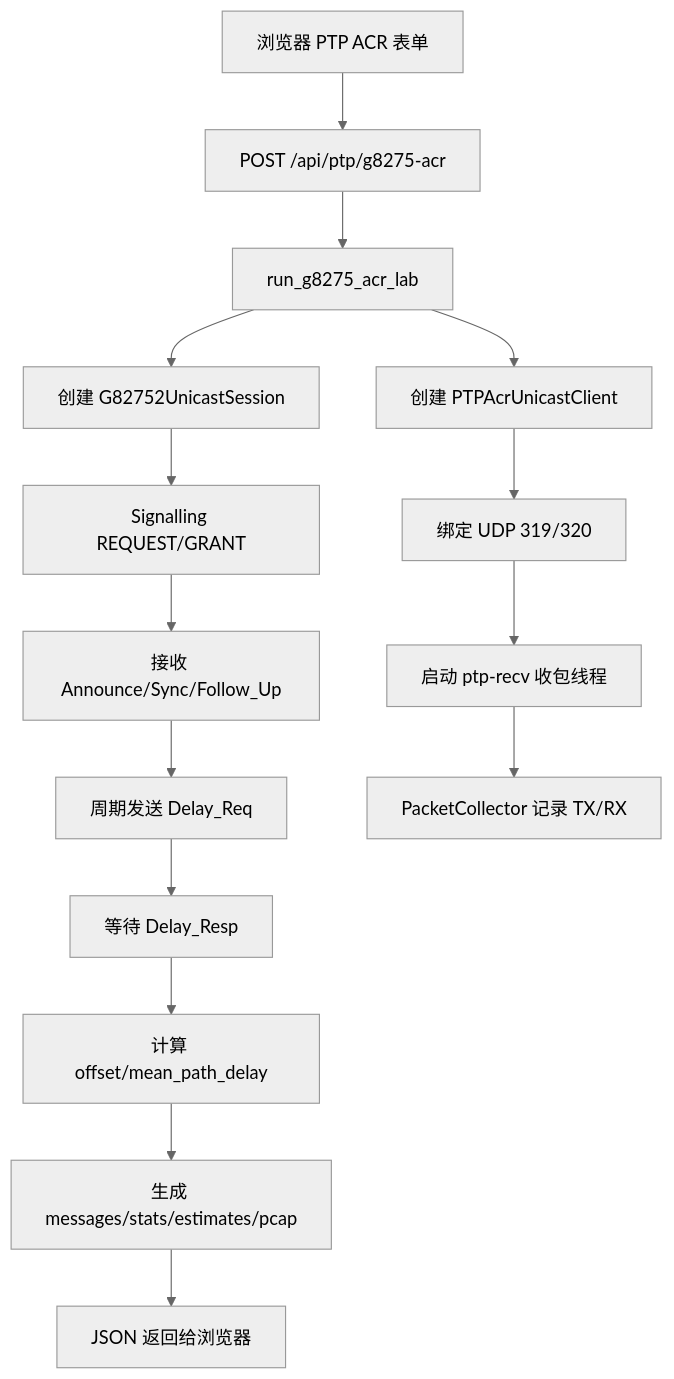
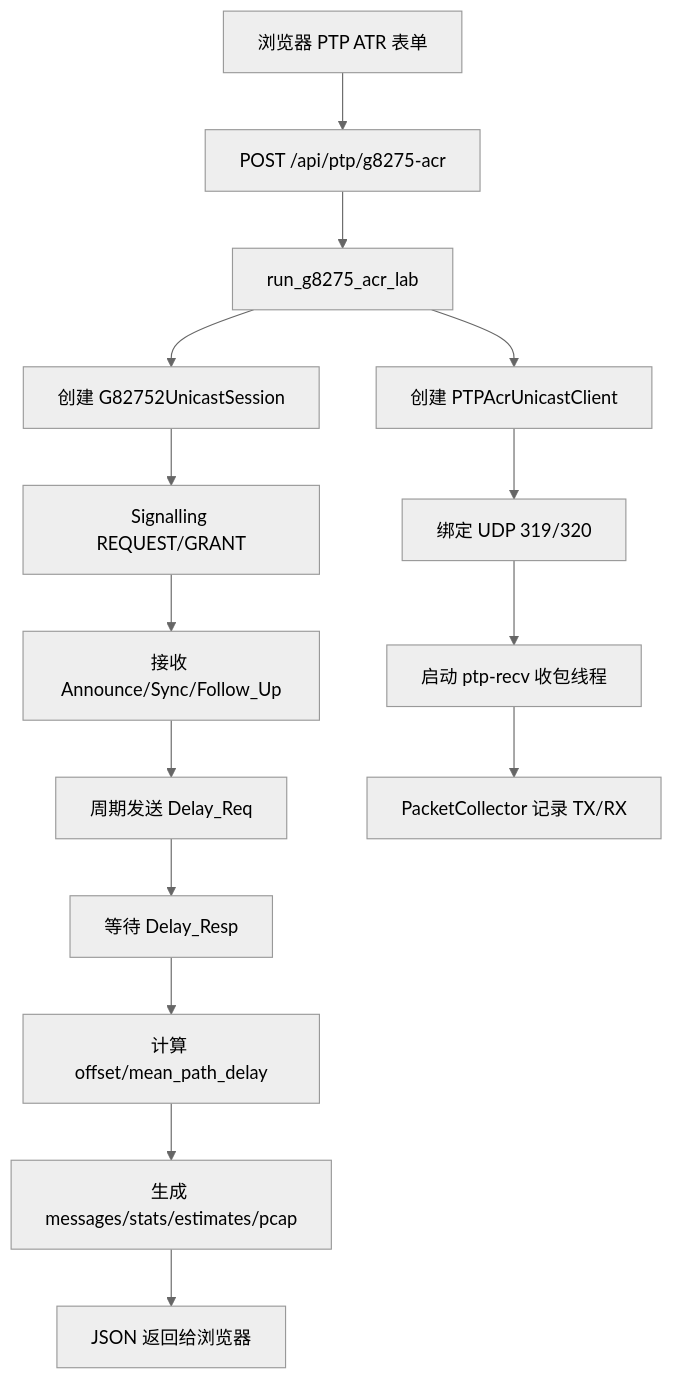
One commit to jianKangS1/ptp_client changed the third of 3 diagrams in docs/tool-sharing-guide.md. Above: the diagram before and after it, drawn with Mermaid (neutral theme). The commit also changed other lines of this file and 8 other files, not shown here.

````diff
--- a/docs/tool-sharing-guide.md
+++ b/docs/tool-sharing-guide.md
@@ -352,17 +352,17 @@
 ```mermaid
 flowchart TD
-  A[浏览器 PTP ACR 表单] --> B[POST /api/ptp/g8275-acr]
+  A[浏览器 PTP ATR 表单] --> B[POST /api/ptp/g8275-acr]
   B --> C[run_g8275_acr_lab]
   C --> D[创建 PTPAcrUnicastClient]
   C --> E[创建 G82752UnicastSession]
   D --> F[绑定 UDP 319/320]
   F --> G[启动 ptp-recv 收包线程]
   E --> H[Signalling REQUEST/GRANT]
   H --> I[接收 Announce/Sync/Follow_Up]
   I --> J[周期发送 Delay_Req]
   J --> K[等待 Delay_Resp]
   K --> L[计算 offset/mean_path_delay]
   G --> M[PacketCollector 记录 TX/RX]
   L --> N[生成 messages/stats/estimates/pcap]
   N --> O[JSON 返回给浏览器]
 ```
````
